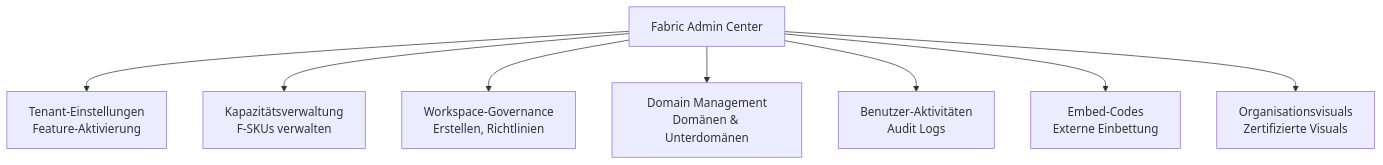
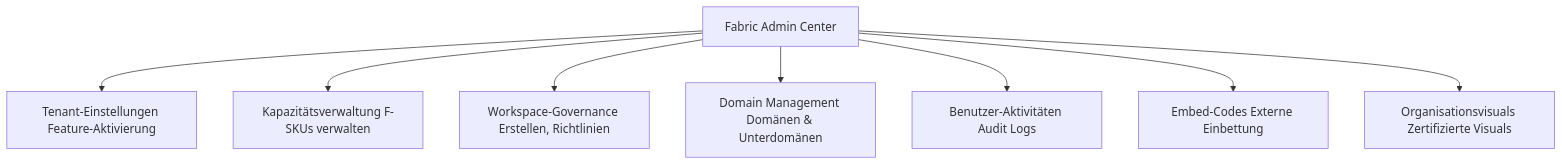
Before and after one commit to SoniiiT/notes-n-docs: the first of 6 diagrams in Microsoft 365/Azure/Fabric/Fabric Administration.md, drawn with Mermaid. The commit also changed other lines of this file and 124 other files, not shown here.

First line of the commit message:
fix: Entferne \n aus allen Mermaid-Diagrammen (125 Dateien)

````diff
--- a/Microsoft 365/Azure/Fabric/Fabric Administration.md
+++ b/Microsoft 365/Azure/Fabric/Fabric Administration.md
@@ -31,10 +31,10 @@
 ```mermaid
 graph TD
-    A[Fabric Admin Center] --> B[Tenant-Einstellungen\nFeature-Aktivierung]
-    A --> C[Kapazitätsverwaltung\nF-SKUs verwalten]
-    A --> D[Workspace-Governance\nErstellen, Richtlinien]
-    A --> E[Domain Management\nDomänen & Unterdomänen]
-    A --> F[Benutzer-Aktivitäten\nAudit Logs]
-    A --> G[Embed-Codes\nExterne Einbettung]
-    A --> H[Organisationsvisuals\nZertifizierte Visuals]
+    A[Fabric Admin Center] --> B[Tenant-Einstellungen Feature-Aktivierung]
+    A --> C[Kapazitätsverwaltung F-SKUs verwalten]
+    A --> D[Workspace-Governance Erstellen, Richtlinien]
+    A --> E[Domain Management Domänen & Unterdomänen]
+    A --> F[Benutzer-Aktivitäten Audit Logs]
+    A --> G[Embed-Codes Externe Einbettung]
+    A --> H[Organisationsvisuals Zertifizierte Visuals]
 ```
````
